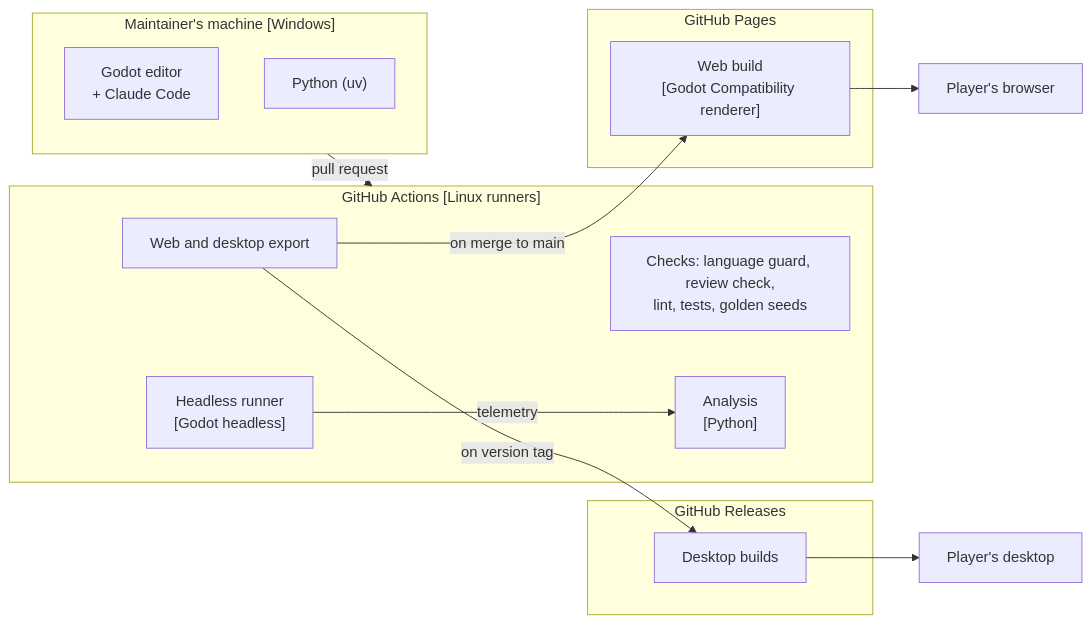
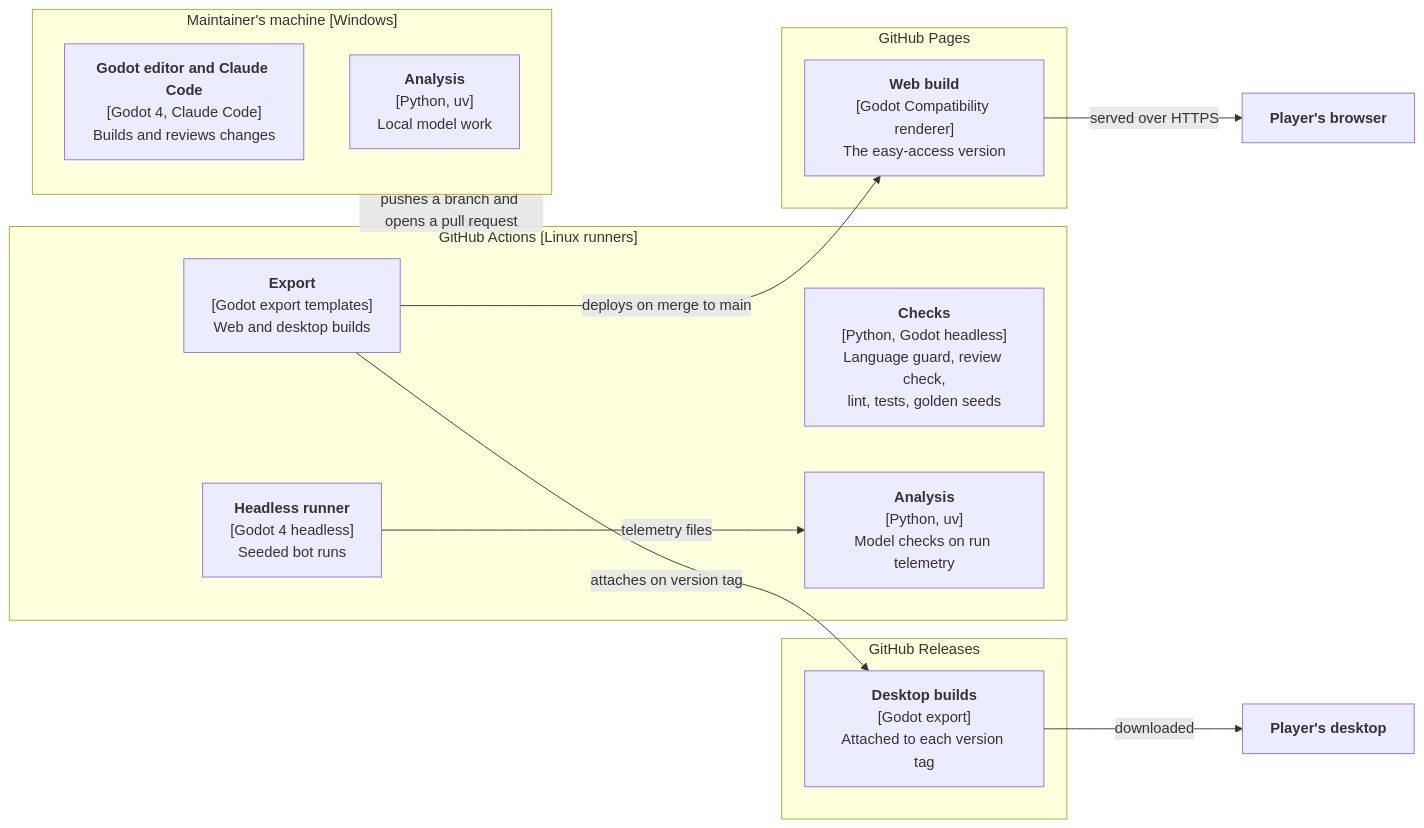
One commit to Huntling94/tallow changed the sixth of 7 diagrams in docs/architecture/overview.md. Above: the diagram before and after it, drawn with Mermaid. The commit also changed other lines of this file and 7 other files, not shown here.

````diff
--- a/docs/architecture/overview.md
+++ b/docs/architecture/overview.md
@@ -180,28 +188,28 @@
 ```mermaid
 flowchart LR
     subgraph dev["Maintainer's machine [Windows]"]
-        editor["Godot editor<br/>+ Claude Code"]
-        localpy["Python (uv)"]
+        editor["<b>Godot editor and Claude Code</b><br/>[Godot 4, Claude Code]<br/>Builds and reviews changes"]
+        localpy["<b>Analysis</b><br/>[Python, uv]<br/>Local model work"]
     end
     subgraph gha["GitHub Actions [Linux runners]"]
-        checks["Checks: language guard, review check,<br/>lint, tests, golden seeds"]
-        headless["Headless runner<br/>[Godot headless]"]
-        ci_analysis["Analysis<br/>[Python]"]
-        export["Web and desktop export"]
+        checks["<b>Checks</b><br/>[Python, Godot headless]<br/>Language guard, review check,<br/>lint, tests, golden seeds"]
+        headless["<b>Headless runner</b><br/>[Godot 4 headless]<br/>Seeded bot runs"]
+        ci_analysis["<b>Analysis</b><br/>[Python, uv]<br/>Model checks on run telemetry"]
+        export["<b>Export</b><br/>[Godot export templates]<br/>Web and desktop builds"]
     end
     subgraph pages["GitHub Pages"]
-        web["Web build<br/>[Godot Compatibility renderer]"]
+        web["<b>Web build</b><br/>[Godot Compatibility renderer]<br/>The easy-access version"]
     end
     subgraph releases["GitHub Releases"]
-        desktop["Desktop builds"]
+        desktop["<b>Desktop builds</b><br/>[Godot export]<br/>Attached to each version tag"]
     end
-    browser["Player's browser"]
-    pc["Player's desktop"]
+    browser["<b>Player's browser</b>"]
+    pc["<b>Player's desktop</b>"]
 
-    dev -- "pull request" --> gha
-    headless -- "telemetry" --> ci_analysis
-    export -- "on merge to main" --> web
-    export -- "on version tag" --> desktop
-    web --> browser
-    desktop --> pc
+    dev -- "pushes a branch and opens a pull request" --> gha
+    headless -- "telemetry files" --> ci_analysis
+    export -- "deploys on merge to main" --> web
+    export -- "attaches on version tag" --> desktop
+    web -- "served over HTTPS" --> browser
+    desktop -- "downloaded" --> pc
 ```
````
